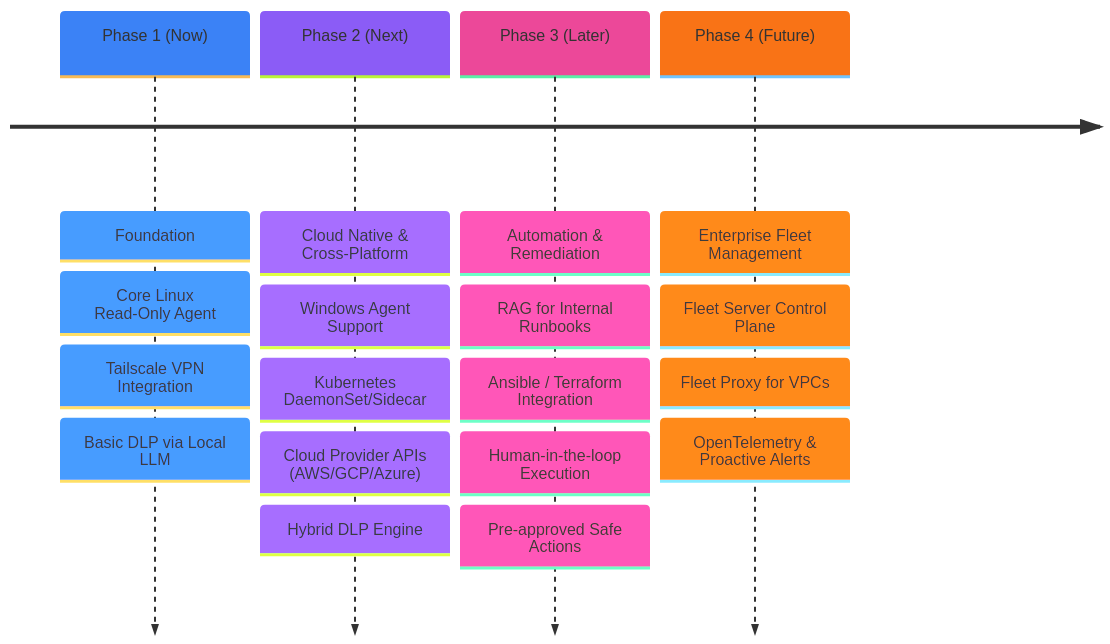
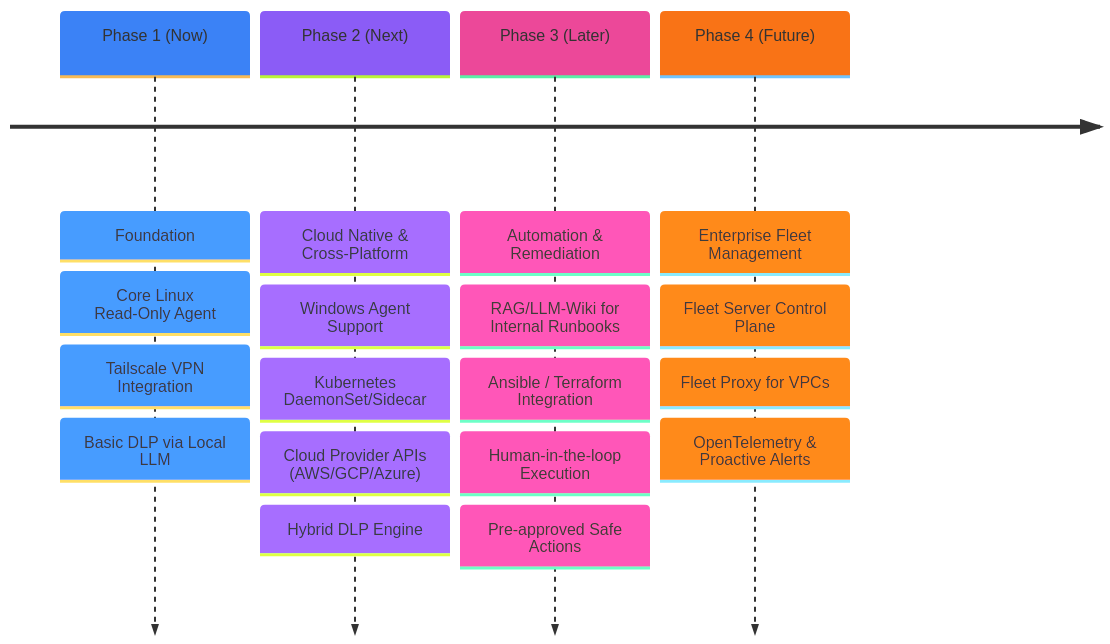
Before and after one commit to codeduy/mcp-sys-agent: the third of 3 diagrams in README.md, drawn with Mermaid.

Commit message:
docs: update phase 3 on roadmap

````diff
--- a/README.md
+++ b/README.md
@@ -72,29 +72,29 @@
 ```mermaid
 %%{init: { 'theme': 'base', 'themeVariables': { 'cScale0': '#3b82f6', 'cScale1': '#8b5cf6', 'cScale2': '#ec4899', 'cScale3': '#f97316' } } }%%
 timeline
     Phase 1 (Now)
         : Foundation
         : Core Linux Read-Only Agent
         : Tailscale VPN Integration
         : Basic DLP via Local LLM
         
     Phase 2 (Next)
         : Cloud Native & Cross-Platform
         : Windows Agent Support
         : Kubernetes DaemonSet/Sidecar
         : Cloud Provider APIs (AWS/GCP/Azure)
         : Hybrid DLP Engine
         
     Phase 3 (Later)
         : Automation & Remediation
-        : RAG for Internal Runbooks
+        : RAG/LLM-Wiki for Internal Runbooks
         : Ansible / Terraform Integration
         : Human-in-the-loop Execution
         : Pre-approved Safe Actions
         
     Phase 4 (Future)
         : Enterprise Fleet Management
         : Fleet Server Control Plane
         : Fleet Proxy for VPCs
         : OpenTelemetry & Proactive Alerts
 ```
````
